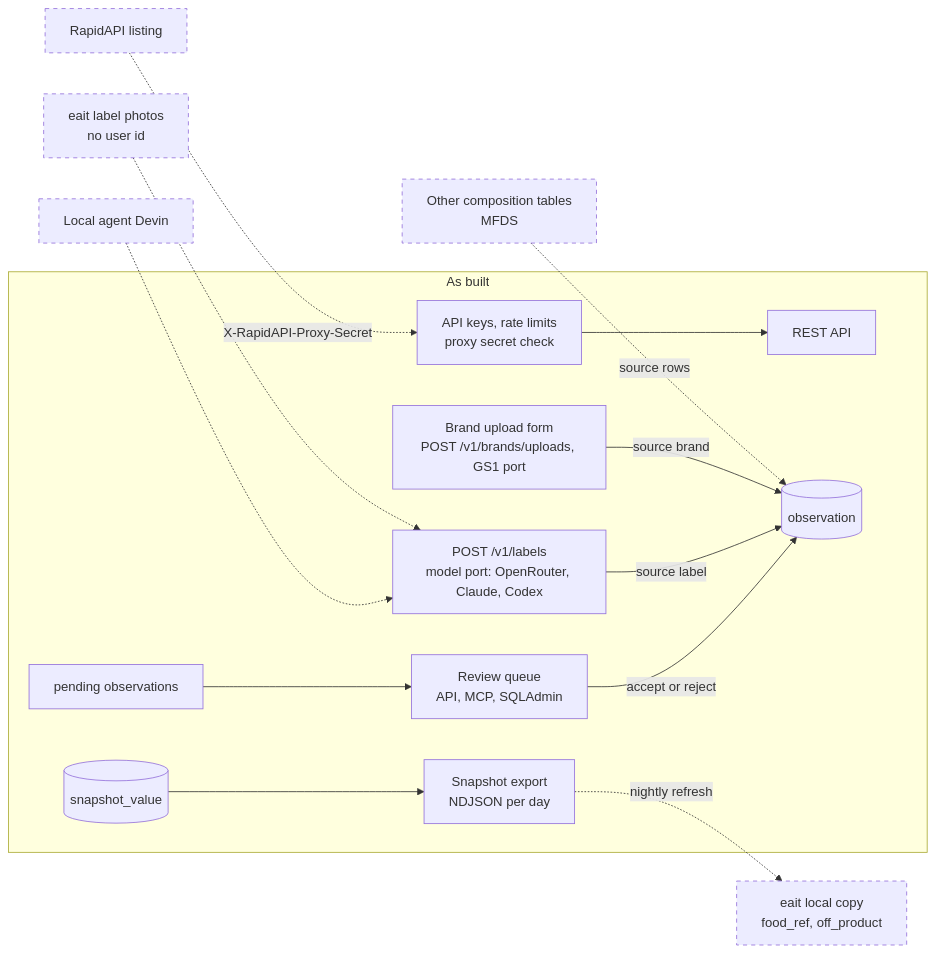
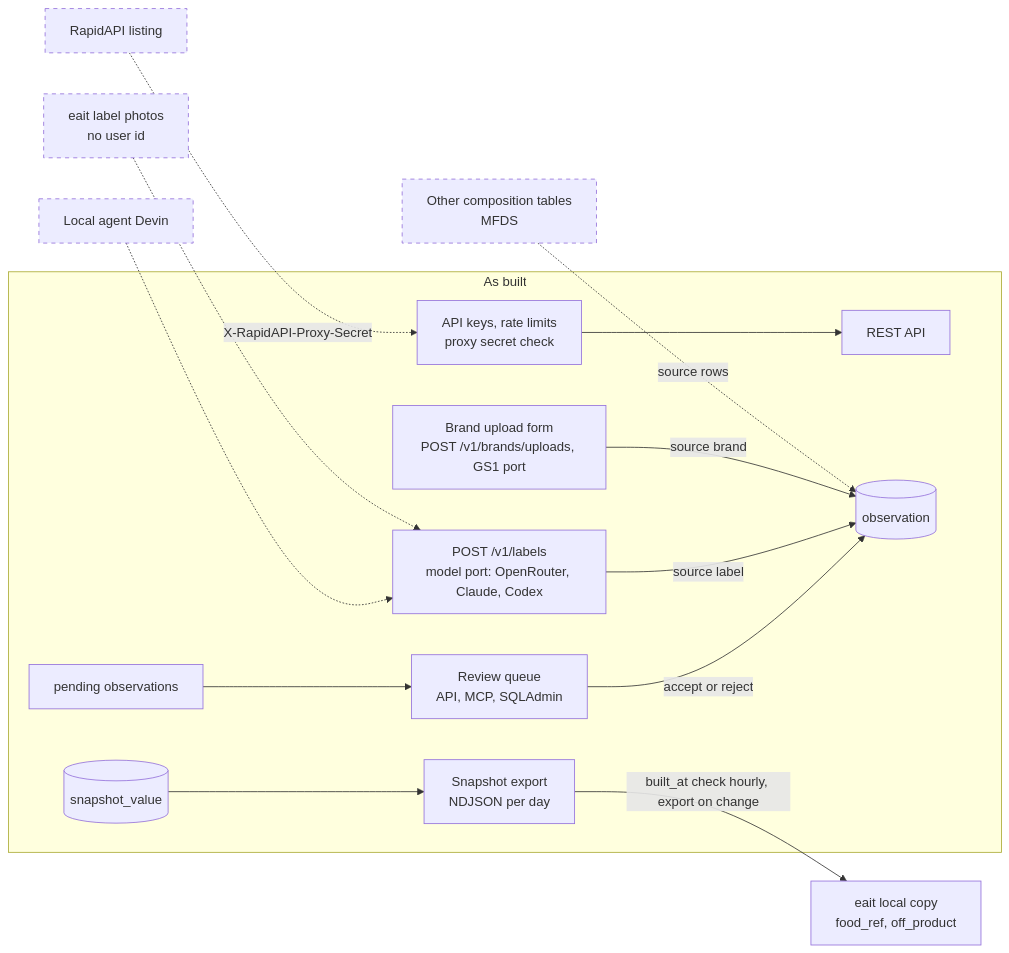
Before and after one commit to eait-fit/fooddb: diagram 19 of 19 in docs/architecture.md, drawn with Mermaid. The commit also changed other lines of this file and 1 other file, not shown here.

First line of the commit message:
README: a picture of the sources and how data flows in (closes #98) (#99)

````diff
--- a/docs/architecture.md
+++ b/docs/architecture.md
@@ -1584,32 +1585,32 @@
 ```mermaid
 flowchart LR
     subgraph built["As built"]
         api["REST API"]
         auth["API keys, rate limits<br/>proxy secret check"]
         obs[("observation")]
         pend["pending observations"]
         review["Review queue<br/>API, MCP, SQLAdmin"]
         snap[("snapshot_value")]
         exp["Snapshot export<br/>NDJSON per day"]
         labels["POST /v1/labels<br/>model port: OpenRouter, Claude, Codex"]
         brand["Brand upload form<br/>POST /v1/brands/uploads, GS1 port"]
     end
     tables["Other composition tables<br/>MFDS"]
     eaitp["eait label photos<br/>no user id"]
     devin["Local agent Devin"]
     listing["RapidAPI listing"]
     eaitc["eait local copy<br/>food_ref, off_product"]
     tables -.->|"source rows"| obs
     brand -->|"source brand"| obs
     eaitp -.-> labels
     devin -.-> labels
     labels -->|"source label"| obs
     pend --> review
     review -->|"accept or reject"| obs
     listing -.->|"X-RapidAPI-Proxy-Secret"| auth
     auth --> api
     snap --> exp
-    exp -.->|"nightly refresh"| eaitc
+    exp -->|"built_at check hourly, export on change"| eaitc
     classDef planned stroke-dasharray: 5 5
-    class tables,eaitp,devin,listing,eaitc planned
+    class tables,eaitp,devin,listing planned
 ```
````
